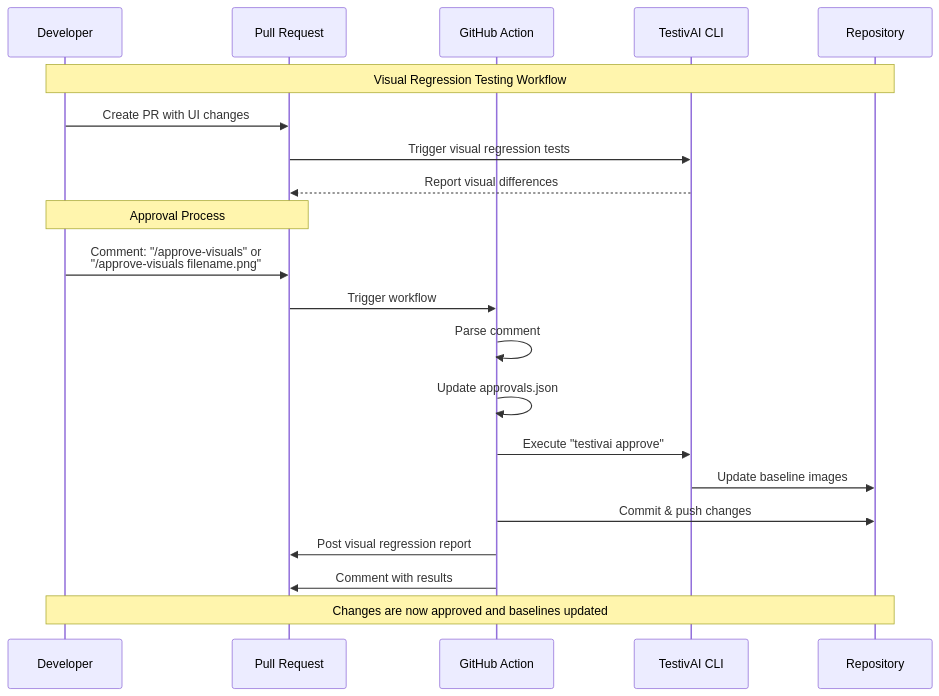
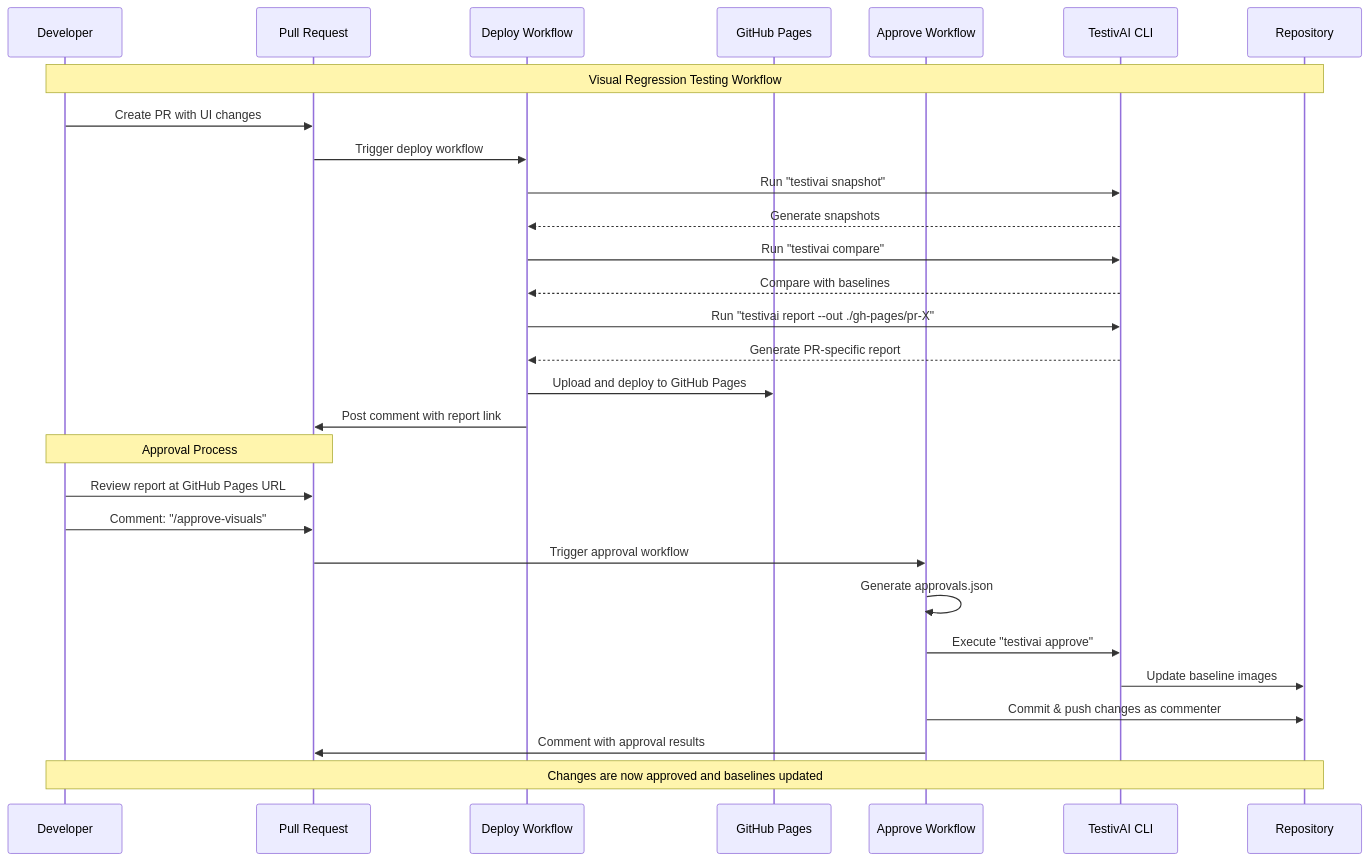
One commit to mcbuddy/testivai-actions changed the diagram in README.md. Above: the diagram before and after it, drawn with Mermaid. The commit also changed other lines of this file and 27 other files, not shown here.

Commit message:
Improve the approval workflow with HTML github pages

````diff
--- a/README.md
+++ b/README.md
@@ -200,29 +455,41 @@
 ```mermaid
 sequenceDiagram
     participant Dev as Developer
     participant PR as Pull Request
-    participant Action as GitHub Action
+    participant Deploy as Deploy Workflow
+    participant Pages as GitHub Pages
+    participant Approve as Approve Workflow
     participant TestivAI as TestivAI CLI
     participant Repo as Repository
 
     Note over Dev,Repo: Visual Regression Testing Workflow
     
     Dev->>PR: Create PR with UI changes
-    PR->>TestivAI: Trigger visual regression tests
-    TestivAI-->>PR: Report visual differences
+    PR->>Deploy: Trigger deploy workflow
+    
+    Deploy->>TestivAI: Run "testivai snapshot"
+    TestivAI-->>Deploy: Generate snapshots
+    
+    Deploy->>TestivAI: Run "testivai compare"
+    TestivAI-->>Deploy: Compare with baselines
+    
+    Deploy->>TestivAI: Run "testivai report --out ./gh-pages/pr-X"
+    TestivAI-->>Deploy: Generate PR-specific report
+    
+    Deploy->>Pages: Upload and deploy to GitHub Pages
+    Deploy->>PR: Post comment with report link
     
     Note over Dev,PR: Approval Process
-    Dev->>PR: Comment: "/approve-visuals" or<br>"/approve-visuals filename.png"
-    PR->>Action: Trigger workflow
+    Dev->>PR: Review report at GitHub Pages URL
+    Dev->>PR: Comment: "/approve-visuals"
+    PR->>Approve: Trigger approval workflow
     
-    Action->>Action: Parse comment
-    Action->>Action: Update approvals.json
-    Action->>TestivAI: Execute "testivai approve"
+    Approve->>Approve: Generate approvals.json
+    Approve->>TestivAI: Execute "testivai approve"
     TestivAI->>Repo: Update baseline images
     
-    Action->>Repo: Commit & push changes
-    Action->>PR: Post visual regression report
-    Action->>PR: Comment with results
+    Approve->>Repo: Commit & push changes as commenter
+    Approve->>PR: Comment with approval results
     
     Note over Dev,Repo: Changes are now approved and baselines updated
 ```
````
